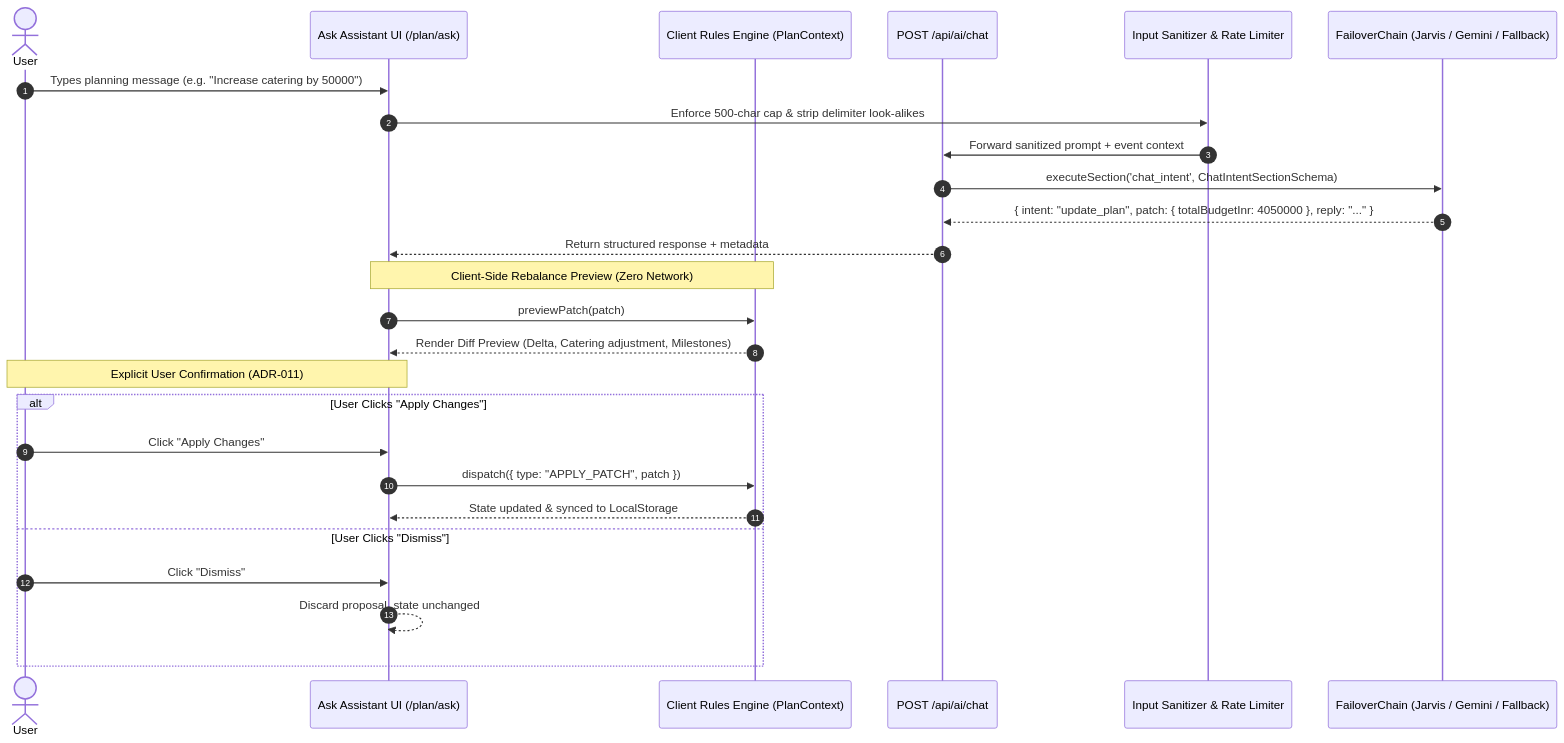
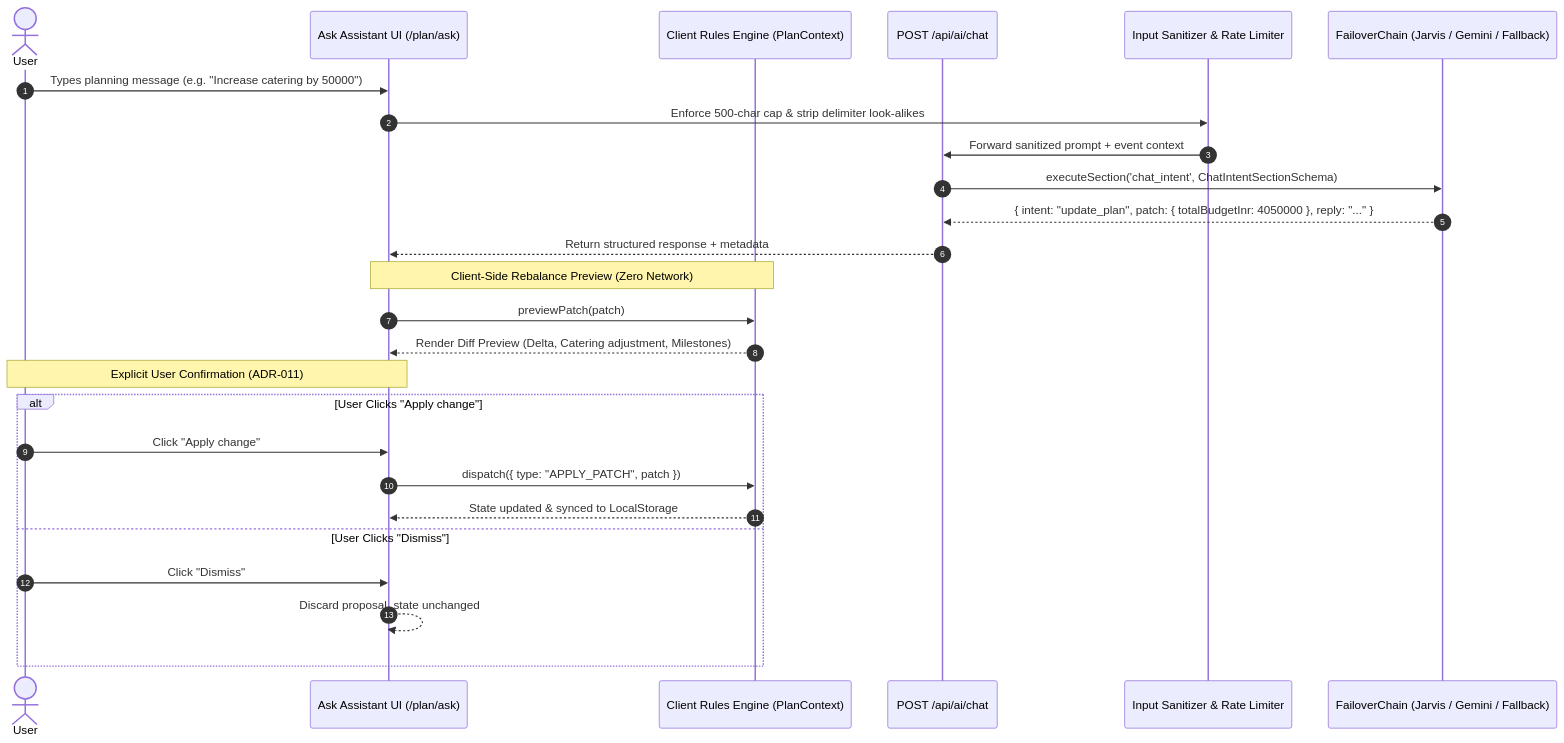
Before and after one commit to CodeCatalyst-07/utsav_planner: the fourth of 4 diagrams in docs/architecture.md, drawn with Mermaid. The commit also changed other lines of this file and 2 other files, not shown here.

````diff
--- a/docs/architecture.md
+++ b/docs/architecture.md
@@ -168,31 +168,31 @@
 ```mermaid
 sequenceDiagram
     autonumber
     actor User as User
     participant UI as Ask Assistant UI (/plan/ask)
     participant ClientEngine as Client Rules Engine (PlanContext)
     participant APIRoute as POST /api/ai/chat
     participant Guard as Input Sanitizer & Rate Limiter
     participant Chain as FailoverChain (Jarvis / Gemini / Fallback)
 
     User->>UI: Types planning message (e.g. "Increase catering by 50000")
     UI->>Guard: Enforce 500-char cap & strip delimiter look-alikes
     Guard->>APIRoute: Forward sanitized prompt + event context
     APIRoute->>Chain: executeSection('chat_intent', ChatIntentSectionSchema)
     Chain-->>APIRoute: { intent: "update_plan", patch: { totalBudgetInr: 4050000 }, reply: "..." }
     APIRoute-->>UI: Return structured response + metadata
 
     Note over UI,ClientEngine: Client-Side Rebalance Preview (Zero Network)
     UI->>ClientEngine: previewPatch(patch)
     ClientEngine-->>UI: Render Diff Preview (Delta, Catering adjustment, Milestones)
 
     Note over User,UI: Explicit User Confirmation (ADR-011)
-    alt User Clicks "Apply Changes"
-        User->>UI: Click "Apply Changes"
+    alt User Clicks "Apply change"
+        User->>UI: Click "Apply change"
         UI->>ClientEngine: dispatch({ type: "APPLY_PATCH", patch })
         ClientEngine-->>UI: State updated & synced to LocalStorage
     else User Clicks "Dismiss"
         User->>UI: Click "Dismiss"
         UI-->>UI: Discard proposal, state unchanged
     end
 ```
````
